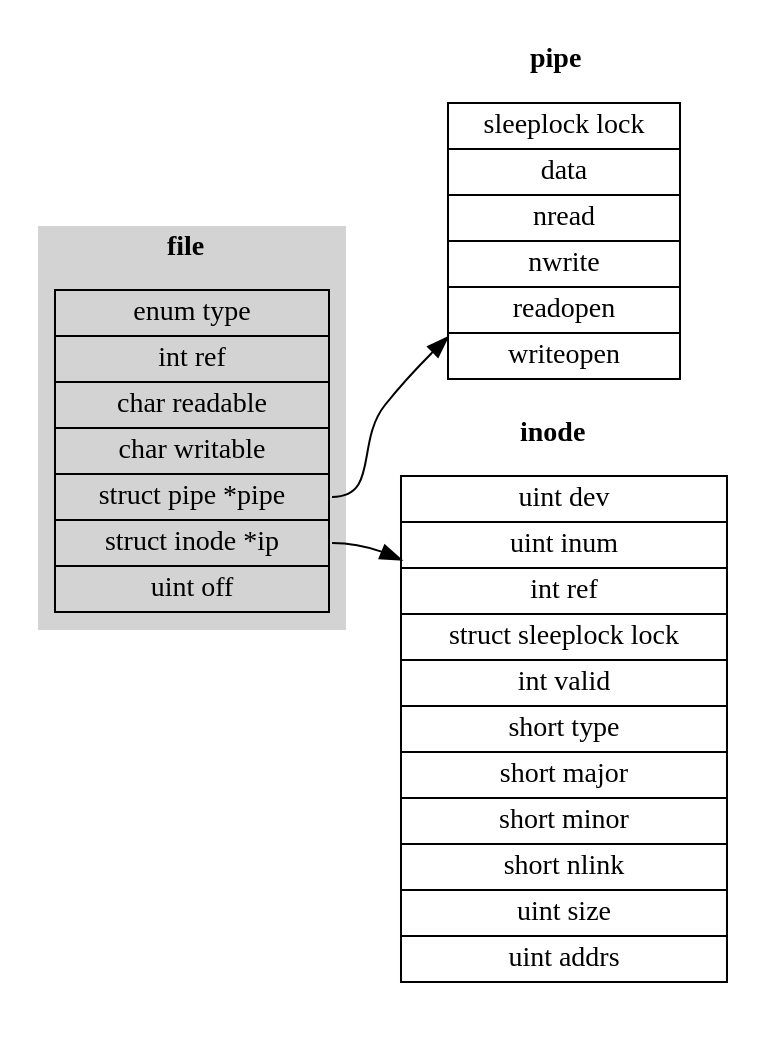
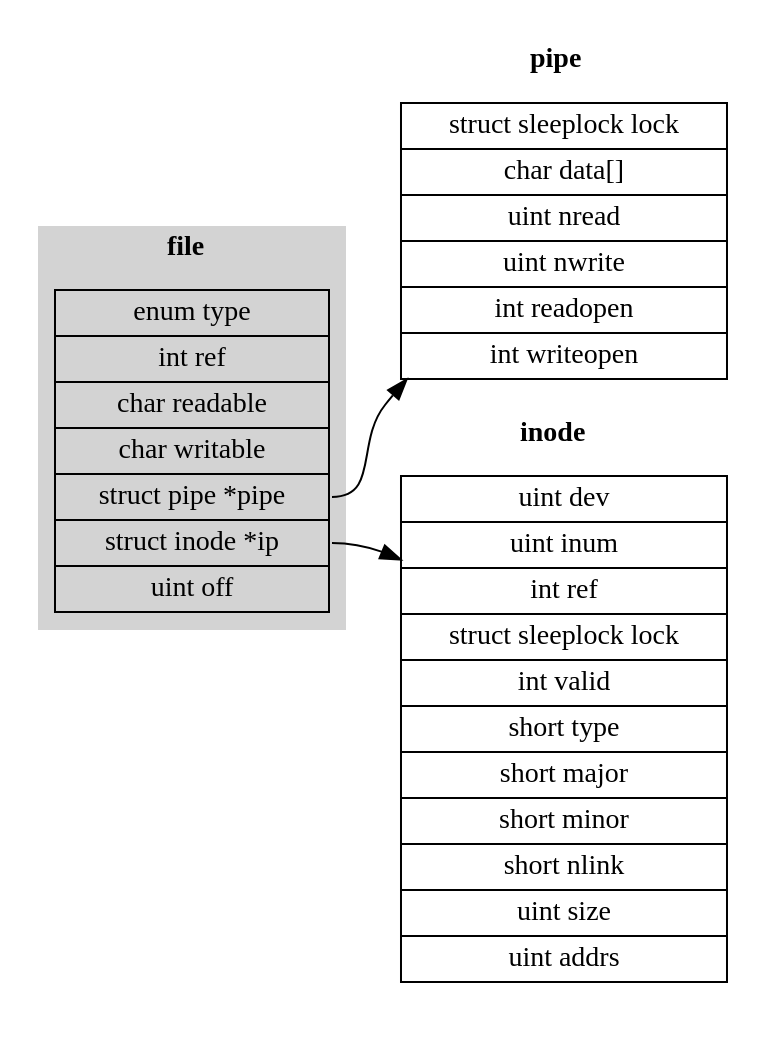
One commit to Jeanhwea/xv6-course changed the diagram in img/file-struct.dot. Above: the diagram before and after it, drawn with Graphviz. The commit also changed 3 other files, not shown here.

```diff
--- a/img/file-struct.dot
+++ b/img/file-struct.dot
@@ -1,21 +1,21 @@
 digraph file_struct {
   rankdir=LR;
   node [shape=record];
 
   subgraph cluster_file {
     label=<<b>file</b>>; style=filled; color=lightgray;
     file [label="enum type|int ref|char readable|char writable|<p>struct pipe *pipe|<i>struct inode *ip|uint off"];
   }
   subgraph cluster_pipe {
     label =<<b>pipe</b>>; style=filled; color=white;
-    pipe [label="sleeplock lock|data|nread|nwrite|readopen|writeopen"]
+    pipe [label="struct sleeplock lock|char data[]|uint nread|uint nwrite|int readopen|int writeopen"];
   }
   subgraph cluster_inode {
     label =<<b>inode</b>>; style=filled; color=white;
     inode [label="uint dev|uint inum|int ref|struct sleeplock lock|int valid|short type|short major|short minor|short nlink|uint size|uint addrs"];
   }
 
   file:p -> pipe;
   file:i -> inode;
 
 }
```
